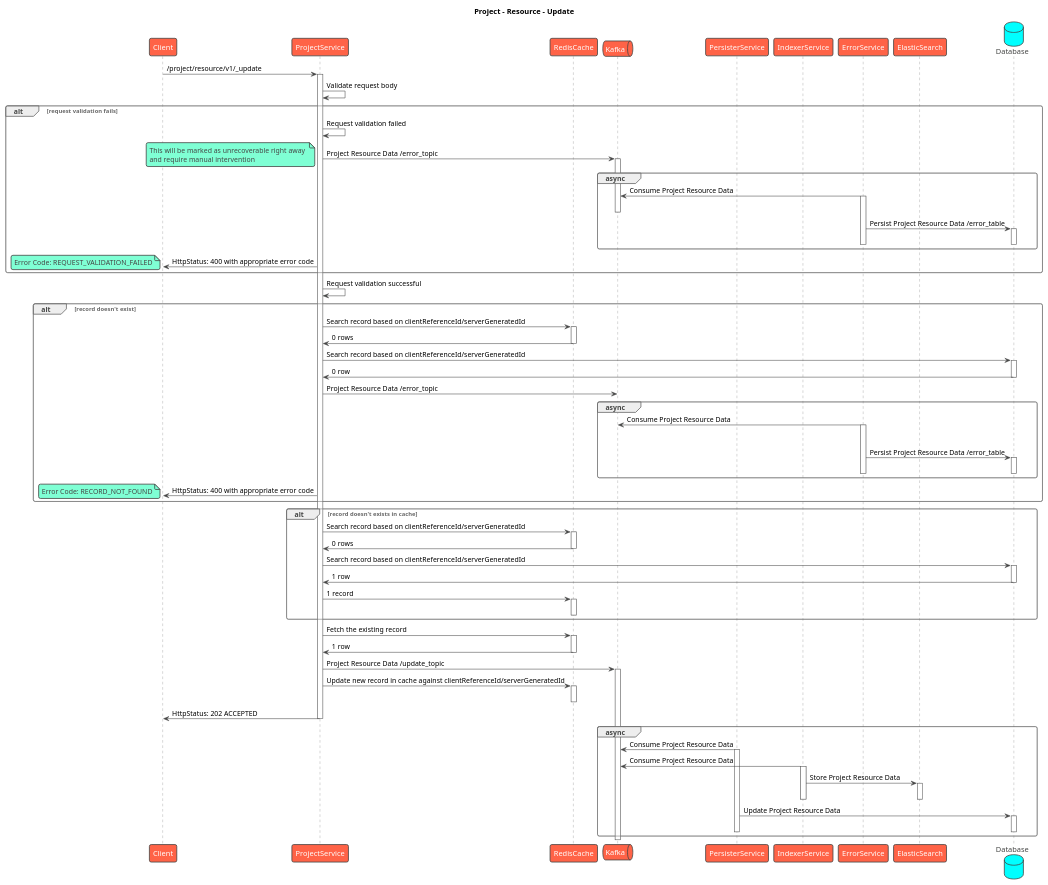
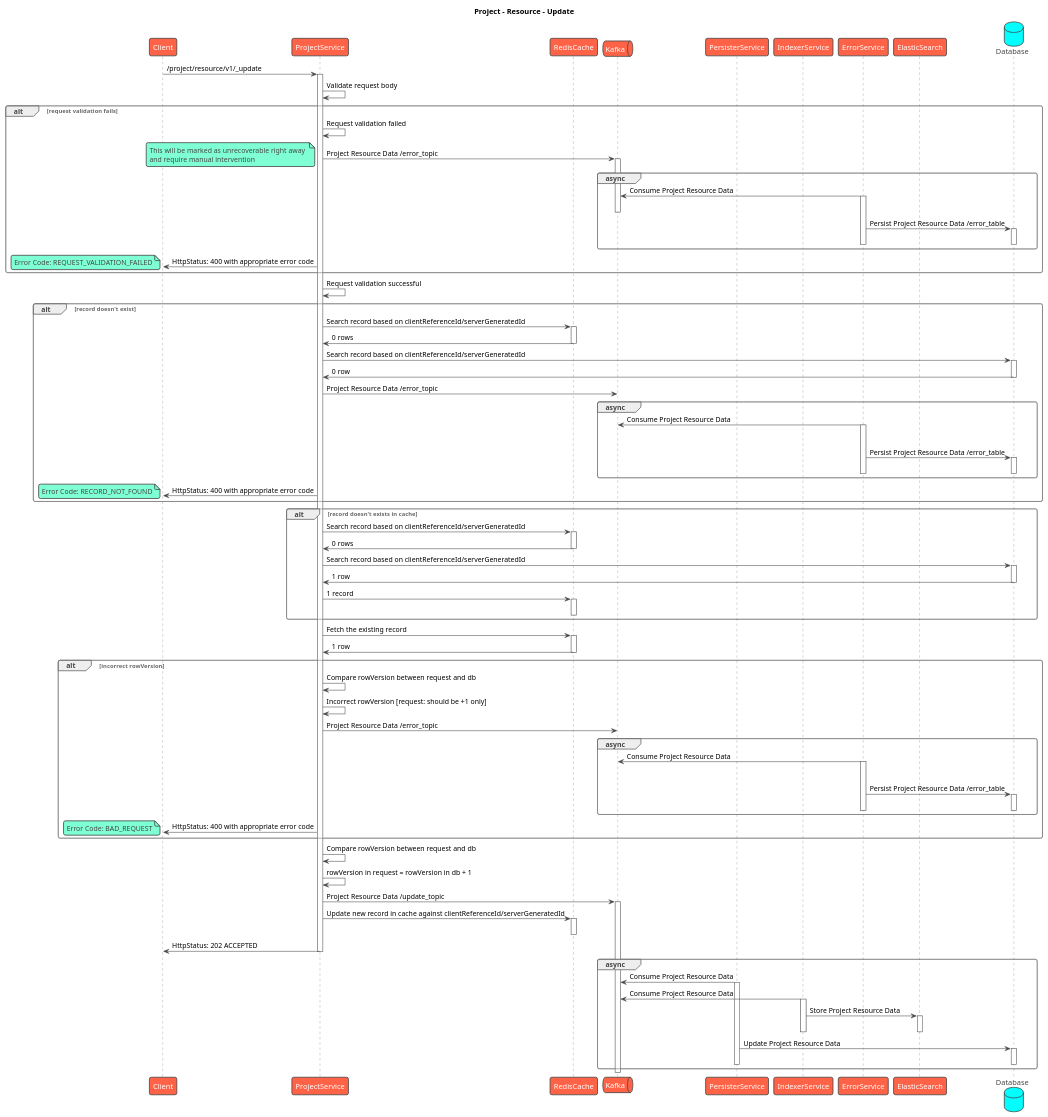
The diagram in contracts/project/resource/sequence/update.puml (egovernments/health-api-specs), drawn with PlantUML before and after one commit. The commit also changed 9 other files, not shown here.

Commit message:
Sequence: Updated update flows with rowVersion logic

```diff
--- a/contracts/project/resource/sequence/update.puml
+++ b/contracts/project/resource/sequence/update.puml
@@ -1,102 +1,122 @@
 @startuml
 title Project - Resource - Update
 !theme vibrant
 participant Client as c
 participant ProjectService as s
 participant RedisCache as rc
 queue Kafka as k
 participant PersisterService as prs
 participant IndexerService as idx
 participant ErrorService as es
 participant ElasticSearch as el
 database Database as db
 c -> s : /project/resource/v1/_update
 activate s
 s -> s: Validate request body
 alt request validation fails
     s -> s: Request validation failed
     s -> k: Project Resource Data /error_topic
     note left
         This will be marked as unrecoverable right away 
         and require manual intervention
     end note
     activate k
     group async
         es -> k: Consume Project Resource Data
         activate es
         deactivate k
         es -> db: Persist Project Resource Data /error_table
         activate db
         deactivate db
         deactivate es
     end
     s -> c: HttpStatus: 400 with appropriate error code
     note left
       Error Code: REQUEST_VALIDATION_FAILED
     end note
 end
 s -> s: Request validation successful
 alt record doesn't exist
     s -> rc: Search record based on clientReferenceId/serverGeneratedId
     activate rc
     rc -> s: 0 rows
     deactivate rc
     s -> db: Search record based on clientReferenceId/serverGeneratedId
     activate db
     db -> s: 0 row
     deactivate db
     s -> k: Project Resource Data /error_topic
     group async
         es -> k: Consume Project Resource Data
         activate es
         deactivate k
         es -> db: Persist Project Resource Data /error_table
         activate db
         deactivate db
         deactivate es
     end
     s -> c: HttpStatus: 400 with appropriate error code
     note left
       Error Code: RECORD_NOT_FOUND
     end note
 end
 alt record doesn't exists in cache
     s -> rc: Search record based on clientReferenceId/serverGeneratedId
     activate rc
     rc -> s: 0 rows
     deactivate rc
     s -> db: Search record based on clientReferenceId/serverGeneratedId
     activate db
     db -> s: 1 row
     deactivate db
     s -> rc: 1 record
     activate rc
     deactivate rc
 end
 s -> rc: Fetch the existing record
 activate rc
 rc -> s: 1 row
 deactivate rc
+alt incorrect rowVersion
+    s -> s: Compare rowVersion between request and db
+    s -> s: Incorrect rowVersion [request: should be +1 only]
+    s -> k: Project Resource Data /error_topic
+    group async
+        es -> k: Consume Project Resource Data
+        activate es
+        deactivate k
+        es -> db: Persist Project Resource Data /error_table
+        activate db
+        deactivate db
+        deactivate es
+    end
+    s -> c: HttpStatus: 400 with appropriate error code
+    note left
+      Error Code: BAD_REQUEST
+    end note
+end
+s -> s: Compare rowVersion between request and db
+s -> s: rowVersion in request = rowVersion in db + 1
 s -> k: Project Resource Data /update_topic
 activate k
 s -> rc: Update new record in cache against clientReferenceId/serverGeneratedId
 activate rc
 deactivate rc
 s -> c: HttpStatus: 202 ACCEPTED
 deactivate s
 group async
     prs -> k: Consume Project Resource Data
     activate prs
     idx -> k: Consume Project Resource Data
     activate idx
     idx -> el: Store Project Resource Data
     activate el
     deactivate el
     deactivate idx
     prs -> db: Update Project Resource Data
     activate db
     deactivate db
     deactivate prs
 end
 deactivate k
 @enduml
```
